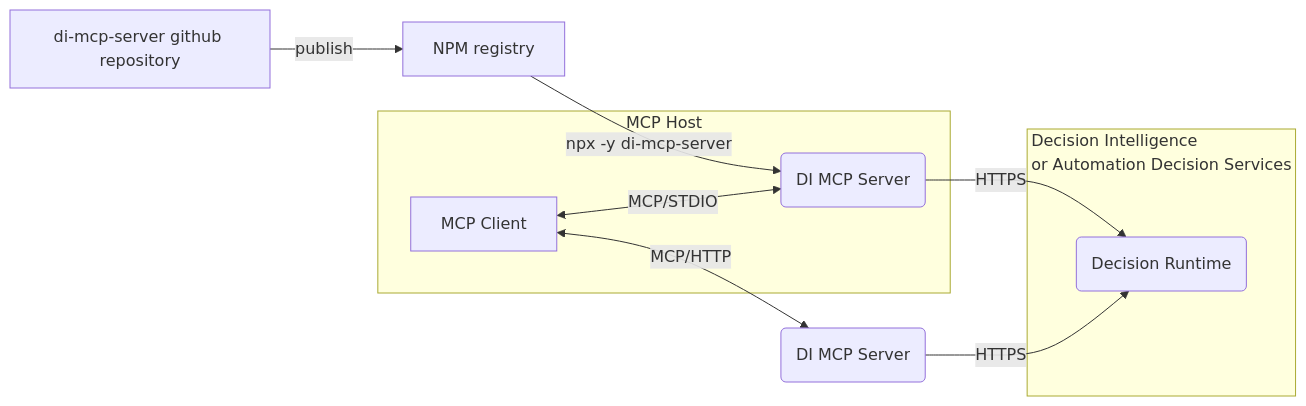
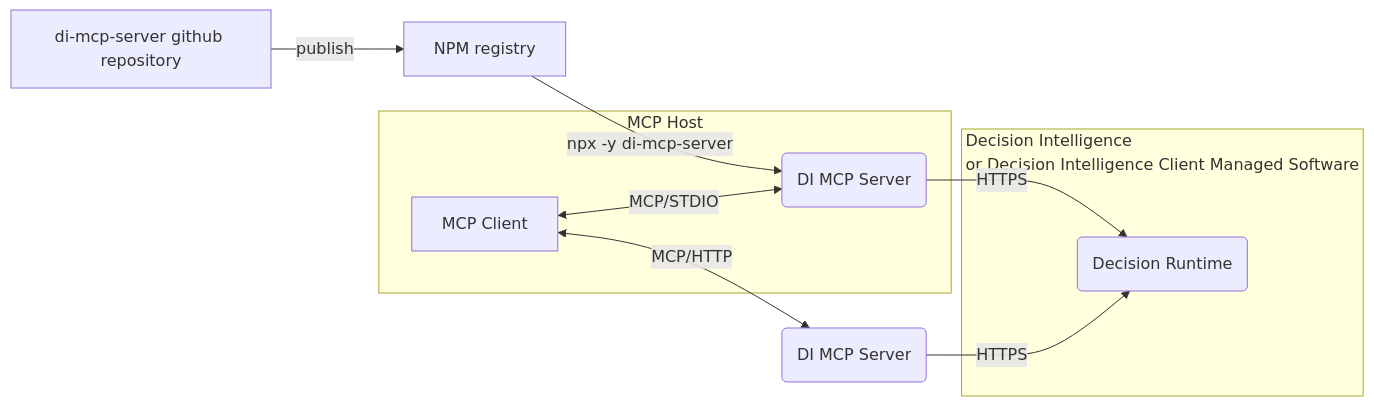
The second of 2 diagrams in README.md (DecisionsDev/ibm-decision-intelligence-mcp-server), drawn with Mermaid before and after one commit. The commit also changed other lines of this file, not shown here.

Commit message:
docs: rename IBM ADS to IBM Decision Intelligence Client Managed Software (#274)

````diff
--- a/README.md
+++ b/README.md
@@ -321,19 +321,19 @@
 ```mermaid
 flowchart LR
     github["di-mcp-server github repository"] -- publish --> registry
     registry["NPM registry"] -- npx -y di-mcp-server--> server
 
     subgraph MCP Host 
         client["MCP Client"] <-- MCP/STDIO --> server("DI MCP Server")
     end
 
     server -- HTTPS --> runtime("Decision Runtime")
 
-    subgraph id["Decision Intelligence<br>or Automation Decision Services"]
+    subgraph id["Decision Intelligence<br>or Decision Intelligence Client Managed Software"]
         runtime
     end
 
 
     client <-- MCP/HTTP --> server2("DI MCP Server") -- HTTPS --> runtime
 
 ```
````
